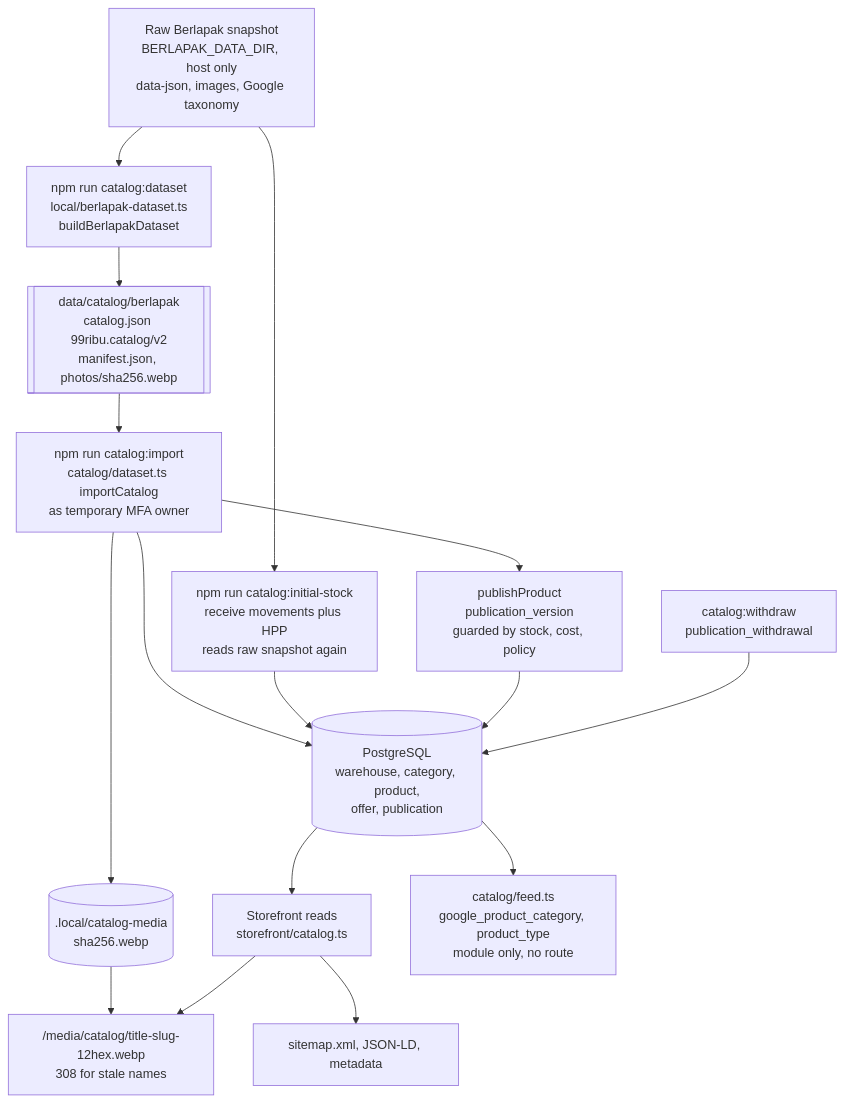
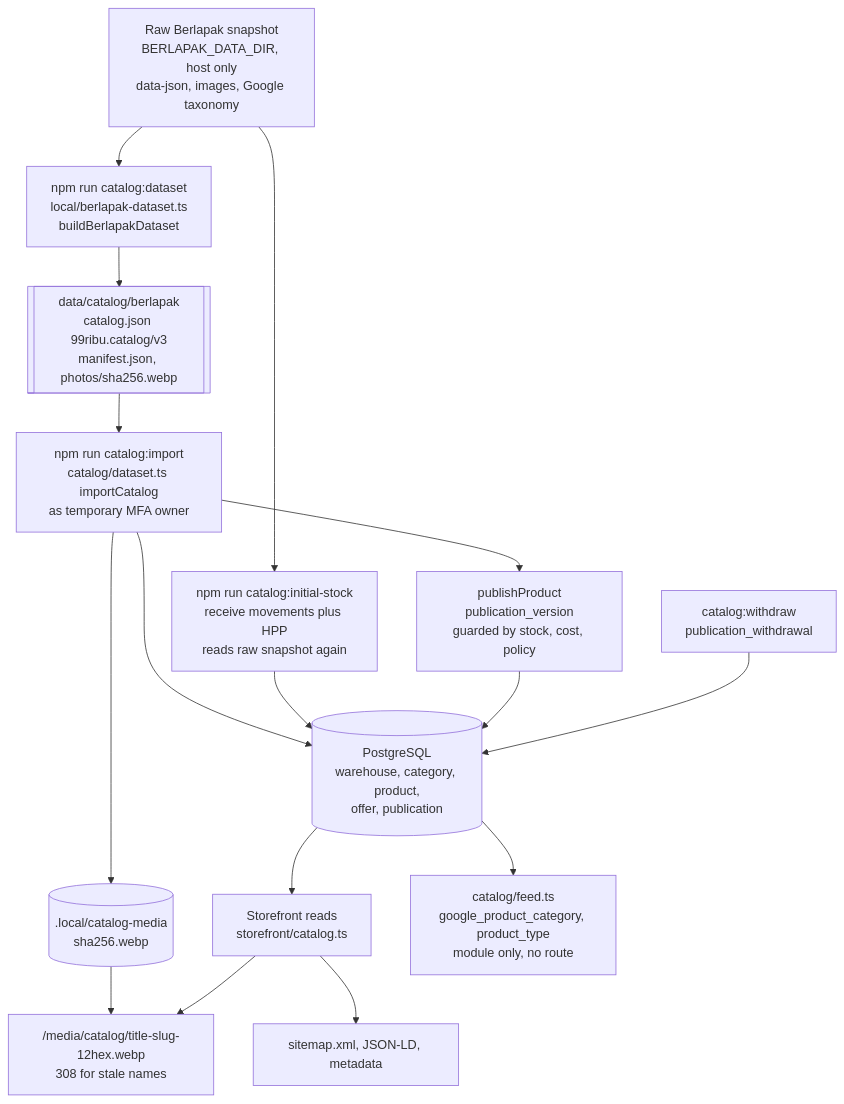
One commit to ongkipro/99ribu changed the sixth of 13 diagrams in ARCHITECTURE.md. Above: the diagram before and after it, drawn with Mermaid. The commit also changed other lines of this file and 231 other files, not shown here.

First line of the commit message:
feat: catalog v3, account tabs, admin precision pass, module splits, Next 16.4.3; sync ARCHITECTURE

````diff
--- a/ARCHITECTURE.md
+++ b/ARCHITECTURE.md
@@ -402,32 +434,32 @@
 ```mermaid
 flowchart TD
   Raw["Raw Berlapak snapshot<br/>BERLAPAK_DATA_DIR, host only<br/>data-json, images, Google taxonomy"]
   Gen["npm run catalog:dataset<br/>local/berlapak-dataset.ts<br/>buildBerlapakDataset"]
-  DS[["data/catalog/berlapak<br/>catalog.json 99ribu.catalog/v2<br/>manifest.json, photos/sha256.webp"]]
+  DS[["data/catalog/berlapak<br/>catalog.json 99ribu.catalog/v3<br/>manifest.json, photos/sha256.webp"]]
   Imp["npm run catalog:import<br/>catalog/dataset.ts importCatalog<br/>as temporary MFA owner"]
   Stock["npm run catalog:initial-stock<br/>receive movements plus HPP<br/>reads raw snapshot again"]
   Pub["publishProduct<br/>publication_version<br/>guarded by stock, cost, policy"]
   WD["catalog:withdraw<br/>publication_withdrawal"]
   Media[(".local/catalog-media<br/>sha256.webp")]
   DB[("PostgreSQL<br/>warehouse, category, product,<br/>offer, publication")]
   Store["Storefront reads<br/>storefront/catalog.ts"]
   Route["/media/catalog/title-slug-12hex.webp<br/>308 for stale names"]
   Feed["catalog/feed.ts<br/>google_product_category, product_type<br/>module only, no route"]
   SEO["sitemap.xml, JSON-LD, metadata"]
 
   Raw --> Gen
   Gen --> DS
   DS --> Imp
   Imp --> DB
   Imp --> Media
   Raw --> Stock
   Stock --> DB
   Imp --> Pub
   Pub --> DB
   WD --> DB
   DB --> Store
   DB --> Feed
   Media --> Route
   Store --> Route
   Store --> SEO
 ```
````
